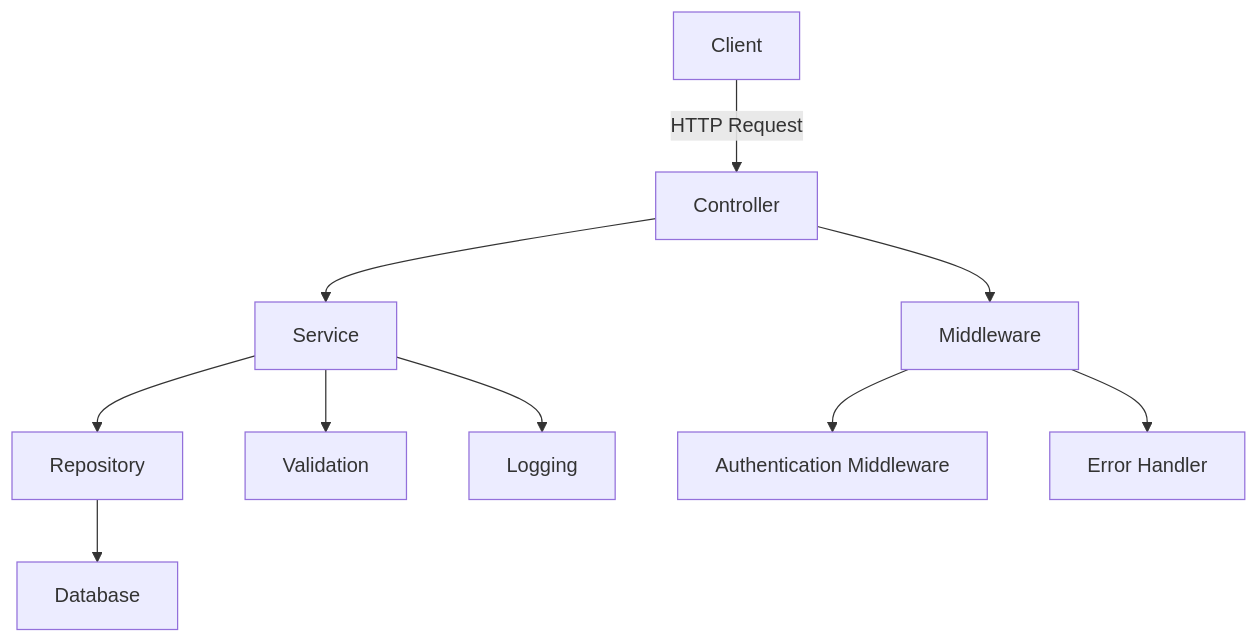
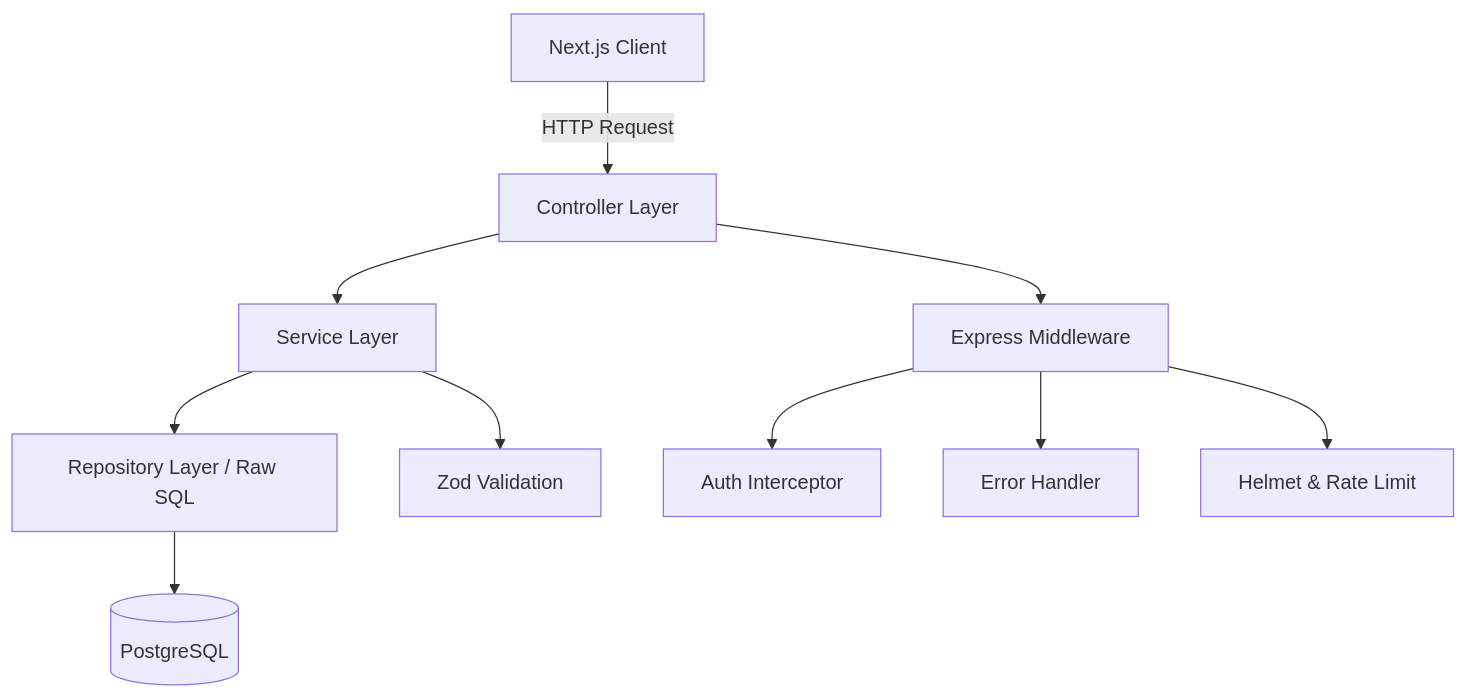
The first of 3 diagrams in README.md (BedirAvsar/task-api), drawn with Mermaid before and after one commit. The commit also changed other lines of this file, not shown here.

Commit message:
docs: rewrite README to production-grade backend portfolio format with architecture diagrams

````diff
--- a/README.md
+++ b/README.md
@@ -56,15 +37,14 @@
 ```mermaid
 graph TD
-    Client -->|HTTP Request| Controller
-    Controller --> Service
-    Service --> Repository
-    Repository --> Database
+    Client[Next.js Client] -->|HTTP Request| Controller[Controller Layer]
+    Controller --> Service[Service Layer]
+    Service --> Repository[Repository Layer / Raw SQL]
+    Repository --> Database[(PostgreSQL)]
 
-    Service --> Validation
-    Controller --> Middleware
+    Service --> Validation[Zod Validation]
+    Controller --> Middleware[Express Middleware]
 
-    Middleware --> Auth[Authentication Middleware]
+    Middleware --> Auth[Auth Interceptor]
     Middleware --> Error[Error Handler]
-
-    Service --> Logging
+    Middleware --> Security[Helmet & Rate Limit]
 ```
````
